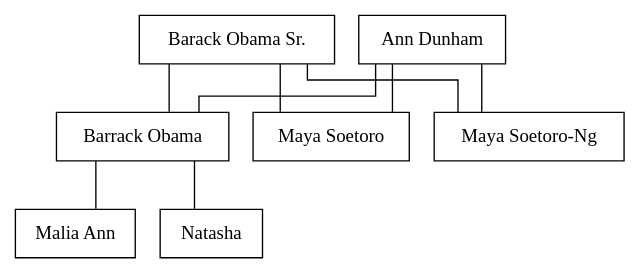
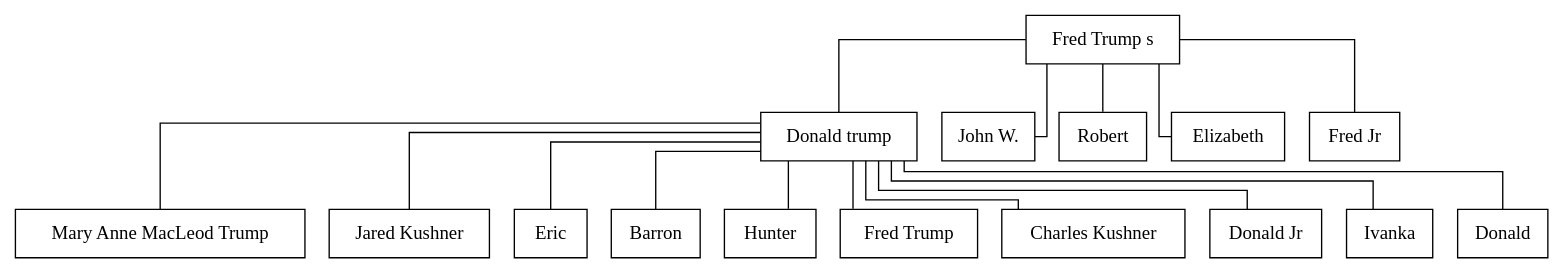
Before and after one commit to GlennOlsson/CSC482-FinalProj: the diagram in output.dot, drawn with Graphviz. The commit also changed 4 other files, not shown here.

```diff
--- a/output.dot
+++ b/output.dot
@@ -1,21 +1,37 @@
 
 digraph
 {
 splines = ortho;
-BarrackObama183352286198226809639011086190218696308 [shape=box, label = "Barrack Obama", color = black];
-BarackObamaSr145229595279098835005452095343968928966 [shape=box, label = "Barack Obama Sr.", color = black];
-MayaSoetoro171657402708761699146577553394371396495 [shape=box, label = "Maya Soetoro", color = black];
-AnnDunham313772903123521456081563374208754366887 [shape=box, label = "Ann Dunham", color = black];
-MayaSoetoroNg205391565886026930251390410821567343465 [shape=box, label = "Maya Soetoro-Ng", color = black];
-MaliaAnn90529518237914123934197632245762658809 [shape=box, label = "Malia Ann", color = black];
-Natasha313621996987636864106347157449275710543 [shape=box, label = "Natasha", color = black];
+Donaldtrump337798552938528423109845501003532130165 [shape=box, label = "Donald trump", color = black];
+FredTrumps211584870379719433522202467883688509250 [shape=box, label = "Fred Trump s", color = black];
+JohnW29686833326623790329081947558500499730 [shape=box, label = "John W.", color = black];
+Robert77467262665232455243051364228762012549 [shape=box, label = "Robert", color = black];
+Elizabeth328463463080707308208073658976311738495 [shape=box, label = "Elizabeth", color = black];
+FredJr99730315107238795997807220411550506771 [shape=box, label = "Fred Jr", color = black];
+MaryAnneMacLeodTrump228197195099878512032152755171545239813 [shape=box, label = "Mary Anne MacLeod Trump", color = black];
+JaredKushner296601049947996971851075162123270845136 [shape=box, label = "Jared Kushner", color = black];
+Eric262113980238018460501043020606363910657 [shape=box, label = "Eric", color = black];
+Barron253005366366798137969302725101364906900 [shape=box, label = "Barron", color = black];
+Hunter106864500146364959829120691514994526044 [shape=box, label = "Hunter", color = black];
+FredTrump172041802310131251807235905506698837450 [shape=box, label = "Fred Trump", color = black];
+CharlesKushner288233300557309588032227332052549299109 [shape=box, label = "Charles Kushner", color = black];
+DonaldJr295220023583459486053210088601501723993 [shape=box, label = "Donald Jr", color = black];
+Ivanka249170916349778858476993329348012105906 [shape=box, label = "Ivanka", color = black];
+Donald307493073925679856962608357643455945128 [shape=box, label = "Donald", color = black];
 
-BarackObamaSr145229595279098835005452095343968928966 -> MayaSoetoro171657402708761699146577553394371396495 [dir=none];
-BarrackObama183352286198226809639011086190218696308 -> Natasha313621996987636864106347157449275710543 [dir=none];
-AnnDunham313772903123521456081563374208754366887 -> MayaSoetoroNg205391565886026930251390410821567343465 [dir=none];
-AnnDunham313772903123521456081563374208754366887 -> MayaSoetoro171657402708761699146577553394371396495 [dir=none];
-BarackObamaSr145229595279098835005452095343968928966 -> BarrackObama183352286198226809639011086190218696308 [dir=none];
-BarrackObama183352286198226809639011086190218696308 -> MaliaAnn90529518237914123934197632245762658809 [dir=none];
-AnnDunham313772903123521456081563374208754366887 -> BarrackObama183352286198226809639011086190218696308 [dir=none];
-BarackObamaSr145229595279098835005452095343968928966 -> MayaSoetoroNg205391565886026930251390410821567343465 [dir=none];
+Donaldtrump337798552938528423109845501003532130165 -> Donald307493073925679856962608357643455945128 [dir=none];
+FredTrumps211584870379719433522202467883688509250 -> Donaldtrump337798552938528423109845501003532130165 [dir=none];
+FredTrumps211584870379719433522202467883688509250 -> Elizabeth328463463080707308208073658976311738495 [dir=none];
+FredTrumps211584870379719433522202467883688509250 -> Robert77467262665232455243051364228762012549 [dir=none];
+Donaldtrump337798552938528423109845501003532130165 -> DonaldJr295220023583459486053210088601501723993 [dir=none];
+Donaldtrump337798552938528423109845501003532130165 -> FredTrump172041802310131251807235905506698837450 [dir=none];
+Donaldtrump337798552938528423109845501003532130165 -> CharlesKushner288233300557309588032227332052549299109 [dir=none];
+Donaldtrump337798552938528423109845501003532130165 -> JaredKushner296601049947996971851075162123270845136 [dir=none];
+Donaldtrump337798552938528423109845501003532130165 -> MaryAnneMacLeodTrump228197195099878512032152755171545239813 [dir=none];
+Donaldtrump337798552938528423109845501003532130165 -> Ivanka249170916349778858476993329348012105906 [dir=none];
+Donaldtrump337798552938528423109845501003532130165 -> Hunter106864500146364959829120691514994526044 [dir=none];
+Donaldtrump337798552938528423109845501003532130165 -> Barron253005366366798137969302725101364906900 [dir=none];
+Donaldtrump337798552938528423109845501003532130165 -> Eric262113980238018460501043020606363910657 [dir=none];
+FredTrumps211584870379719433522202467883688509250 -> FredJr99730315107238795997807220411550506771 [dir=none];
+FredTrumps211584870379719433522202467883688509250 -> JohnW29686833326623790329081947558500499730 [dir=none];
 }
```
